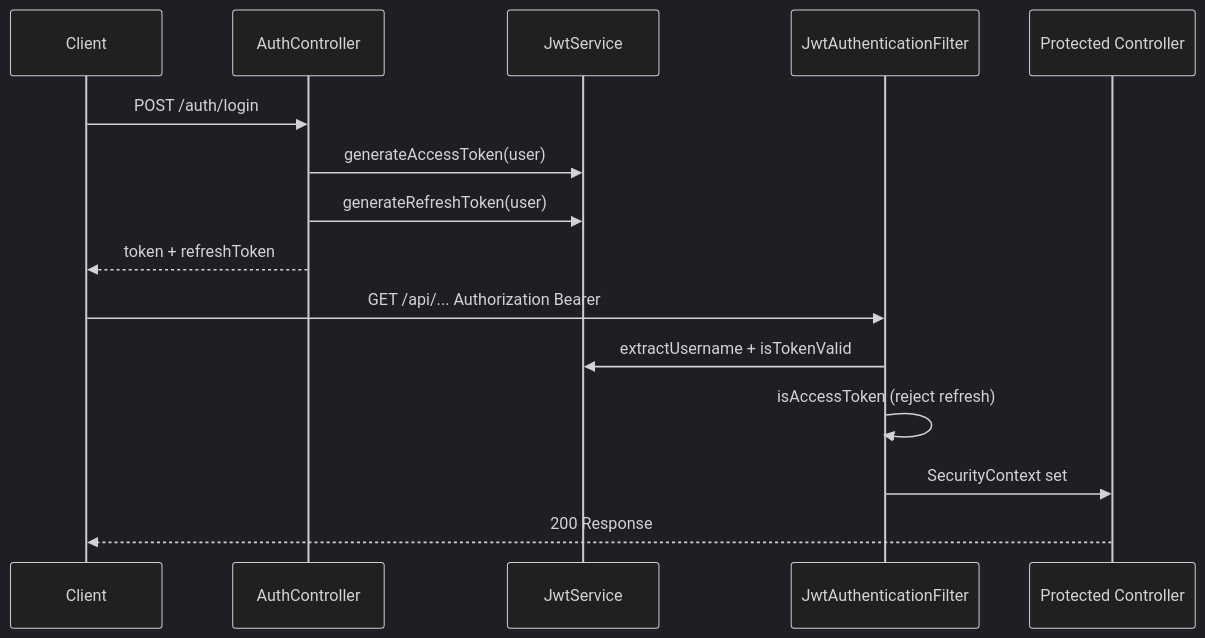
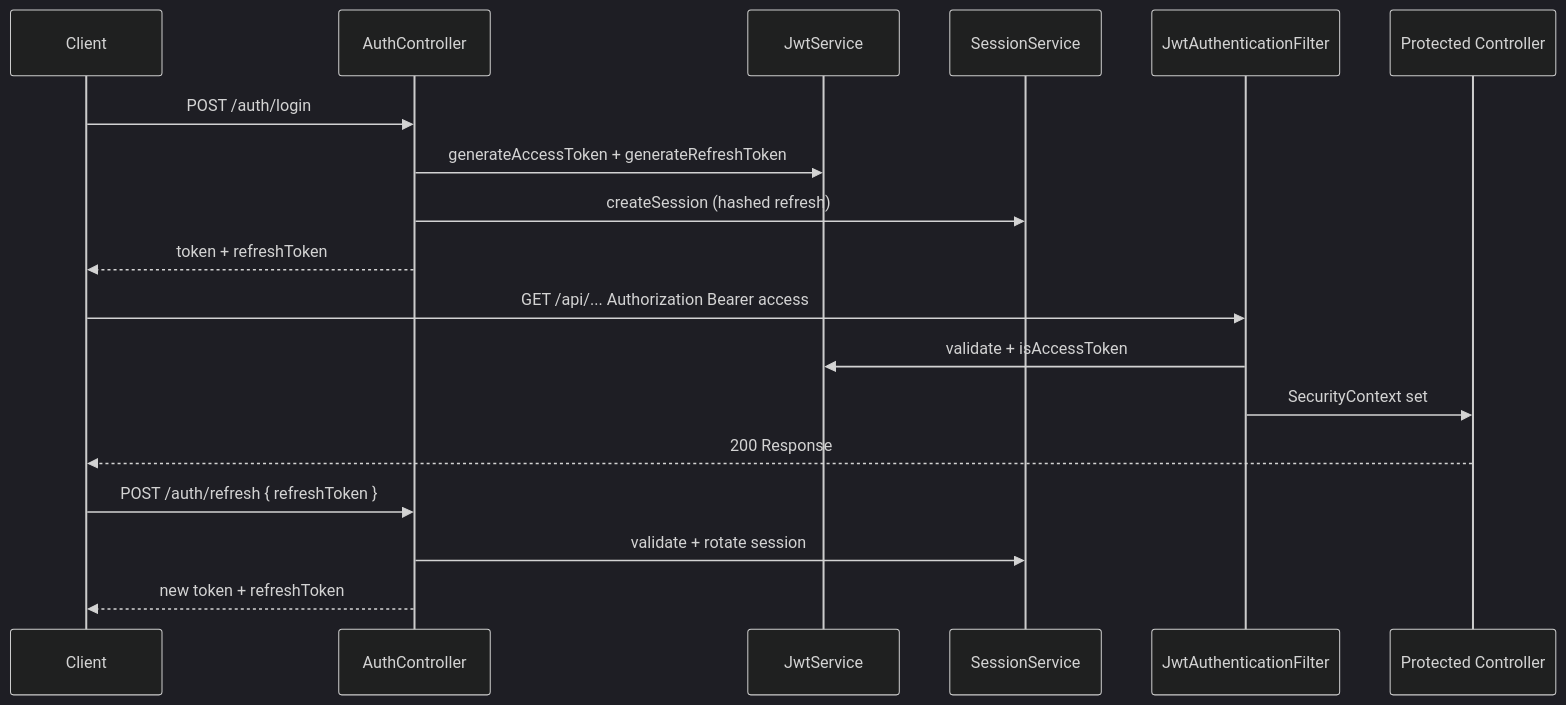
One commit to YevheniiaDem/flowiq-backend changed the diagram in docs/security/jwt-flow.md. Above: the diagram before and after it, drawn with Mermaid (dark theme). The commit also changed other lines of this file and 41 other files, not shown here.

First line of the commit message:
Add product docs, architecture handbook, security audit, and prod hardening.

````diff
--- a/docs/security/jwt-flow.md
+++ b/docs/security/jwt-flow.md
@@ -3,19 +7,23 @@
 ```mermaid
 sequenceDiagram
     participant C as Client
     participant A as AuthController
     participant J as JwtService
+    participant SS as SessionService
     participant F as JwtAuthenticationFilter
     participant API as Protected Controller
 
     C->>A: POST /auth/login
-    A->>J: generateAccessToken(user)
-    A->>J: generateRefreshToken(user)
+    A->>J: generateAccessToken + generateRefreshToken
+    A->>SS: createSession (hashed refresh)
     A-->>C: token + refreshToken
 
-    C->>F: GET /api/... Authorization Bearer
-    F->>J: extractUsername + isTokenValid
-    F->>F: isAccessToken (reject refresh)
+    C->>F: GET /api/... Authorization Bearer access
+    F->>J: validate + isAccessToken
     F->>API: SecurityContext set
     API-->>C: 200 Response
+
+    C->>A: POST /auth/refresh { refreshToken }
+    A->>SS: validate + rotate session
+    A-->>C: new token + refreshToken
 ```
````
